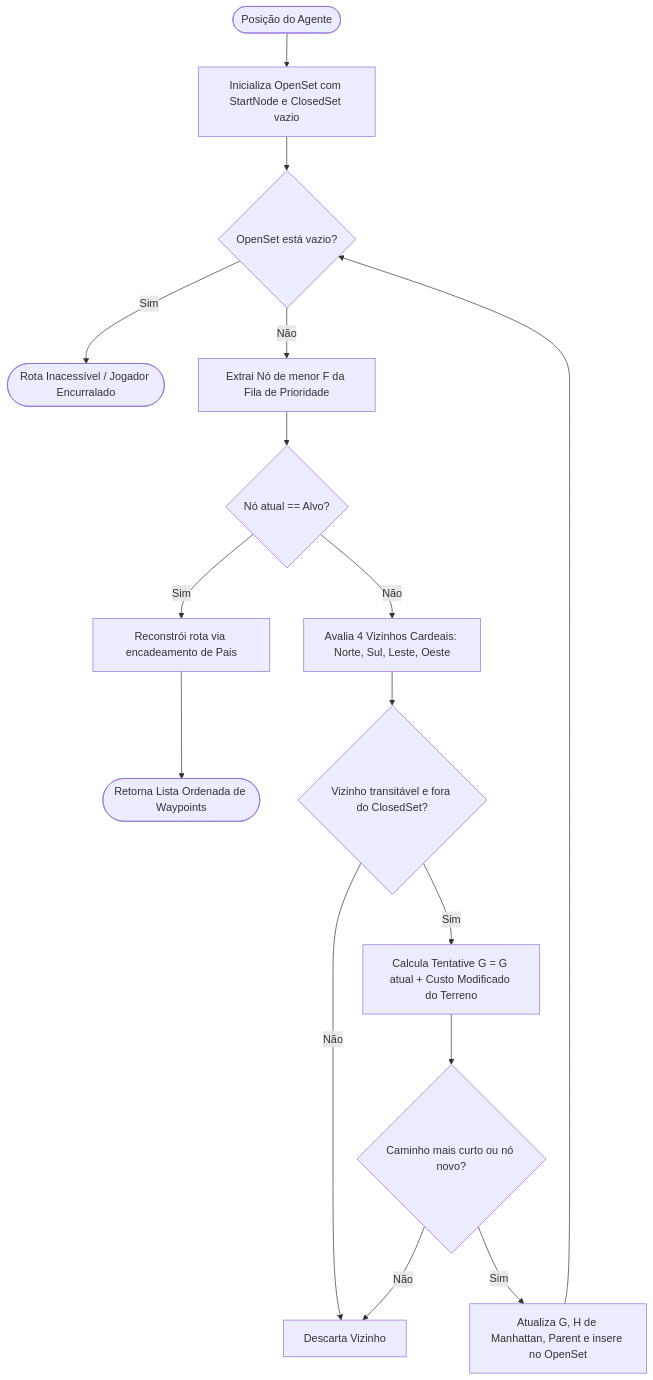
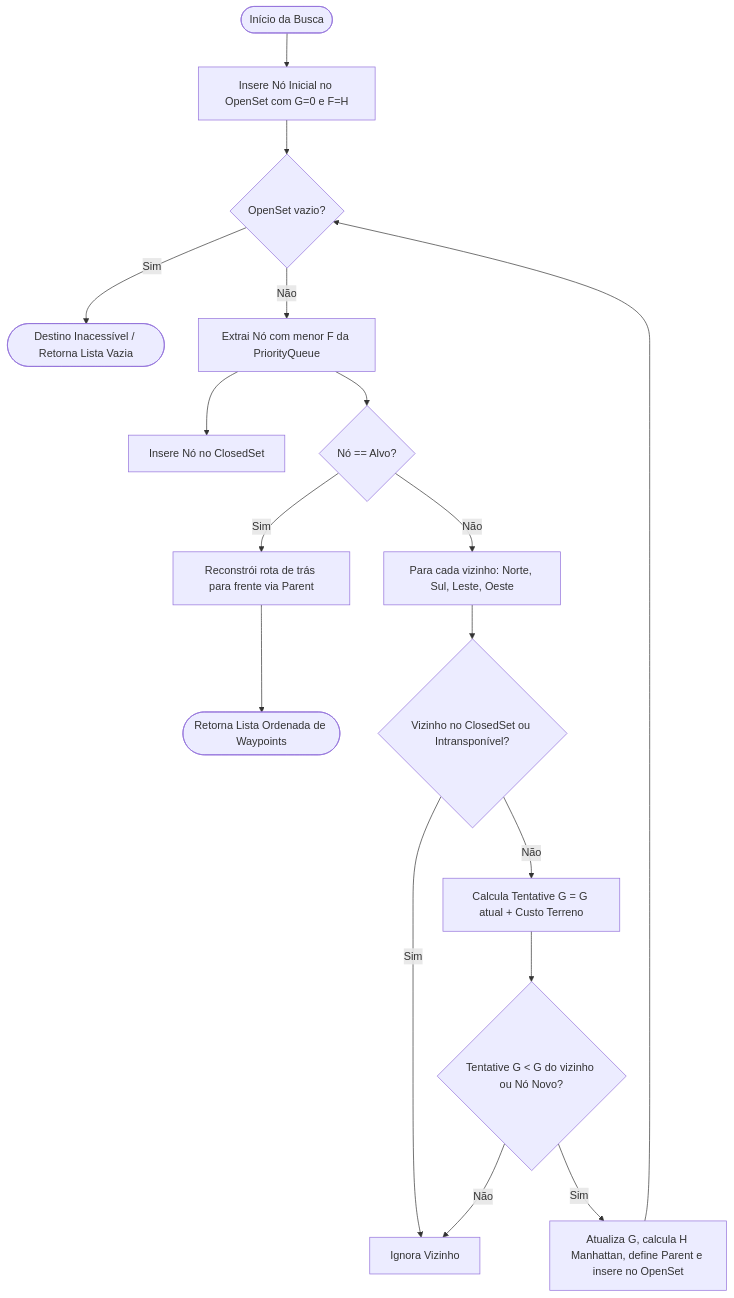
Before and after one commit to Blimabru/sentinela: the second of 5 diagrams in README.md, drawn with Mermaid. The commit also changed other lines of this file, not shown here.

````diff
--- a/README.md
+++ b/README.md
@@ -78,18 +144,19 @@
 ```mermaid
-graph TD
-    Start([Posição do Agente]) --> Init[Inicializa OpenSet com StartNode e ClosedSet vazio]
-    Init --> Pop{OpenSet está vazio?}
-    Pop -- Sim --> Fail([Rota Inacessível / Jogador Encurralado])
-    Pop -- Não --> Poll[Extrai Nó de menor F da Fila de Prioridade]
-    Poll --> CheckTarget{Nó atual == Alvo?}
-    CheckTarget -- Sim --> Retrace[Reconstrói rota via encadeamento de Pais]
-    Retrace --> Output([Retorna Lista Ordenada de Waypoints])
-    CheckTarget -- Não --> Neighbors[Avalia 4 Vizinhos Cardeais: Norte, Sul, Leste, Oeste]
-    Neighbors --> Filter{Vizinho transitável e fora do ClosedSet?}
-    Filter -- Não --> Discard[Descarta Vizinho]
-    Filter -- Sim --> ComputeCost[Calcula Tentative G = G atual + Custo Modificado do Terreno]
-    ComputeCost --> Better{Caminho mais curto ou nó novo?}
-    Better -- Sim --> UpdateNode[Atualiza G, H de Manhattan, Parent e insere no OpenSet]
-    Better -- Não --> Discard
-    UpdateNode --> Pop
+flowchart TD
+    Start([Início da Busca]) --> OpenInit[Insere Nó Inicial no OpenSet com G=0 e F=H]
+    OpenInit --> LoopCheck{OpenSet vazio?}
+    LoopCheck -- Sim --> NoPath([Destino Inacessível / Retorna Lista Vazia])
+    LoopCheck -- Não --> PopMin[Extrai Nó com menor F da PriorityQueue]
+    PopMin --> AddClosed[Insere Nó no ClosedSet]
+    PopMin --> GoalCheck{Nó == Alvo?}
+    GoalCheck -- Sim --> Retrace[Reconstrói rota de trás para frente via Parent]
+    Retrace --> End([Retorna Lista Ordenada de Waypoints])
+    GoalCheck -- Não --> ForNeighbors[Para cada vizinho: Norte, Sul, Leste, Oeste]
+    ForNeighbors --> ValidCheck{Vizinho no ClosedSet ou Intransponível?}
+    ValidCheck -- Sim --> Discard[Ignora Vizinho]
+    ValidCheck -- Não --> CalcG[Calcula Tentative G = G atual + Custo Terreno]
+    CalcG --> BetterCheck{Tentative G < G do vizinho ou Nó Novo?}
+    BetterCheck -- Sim --> UpdateNode[Atualiza G, calcula H Manhattan, define Parent e insere no OpenSet]
+    BetterCheck -- Não --> Discard
+    UpdateNode --> LoopCheck
 ```
````
